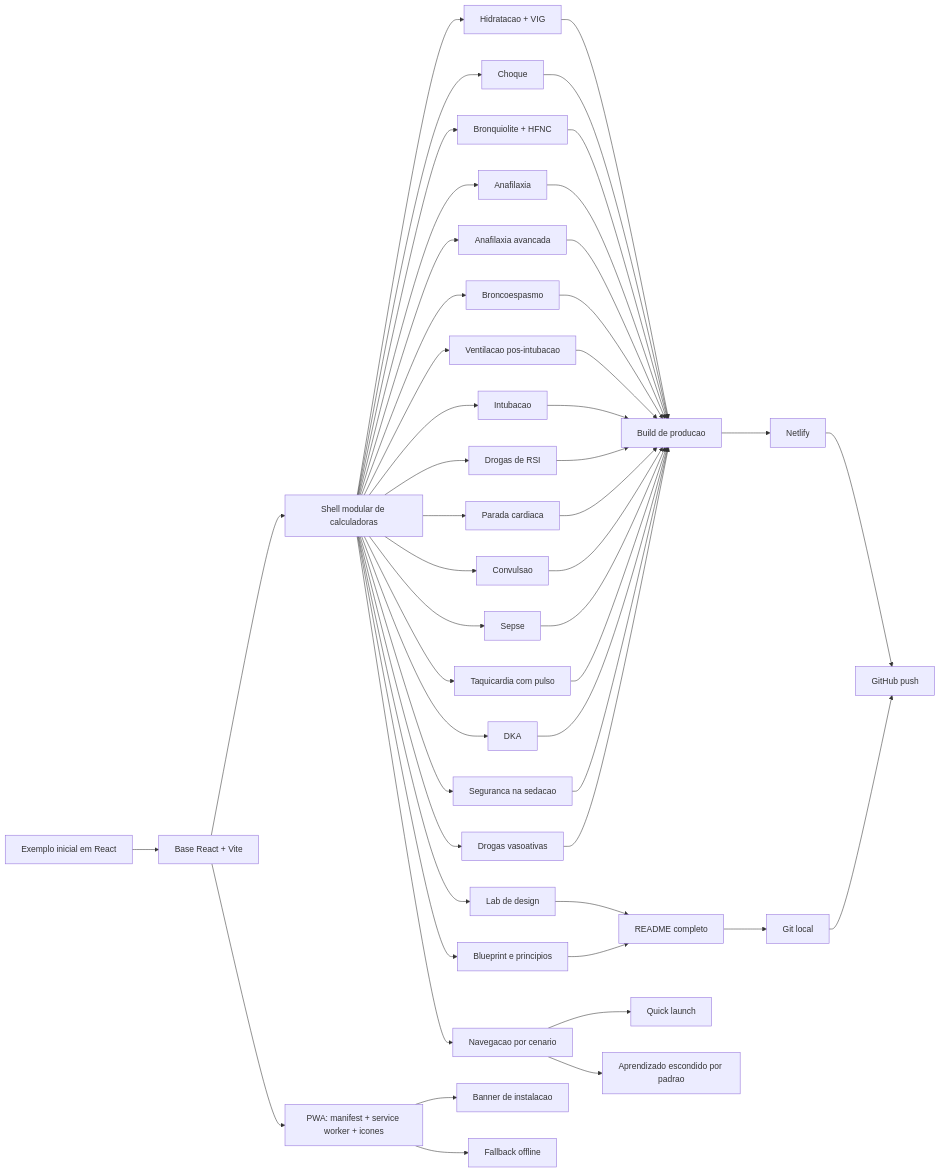
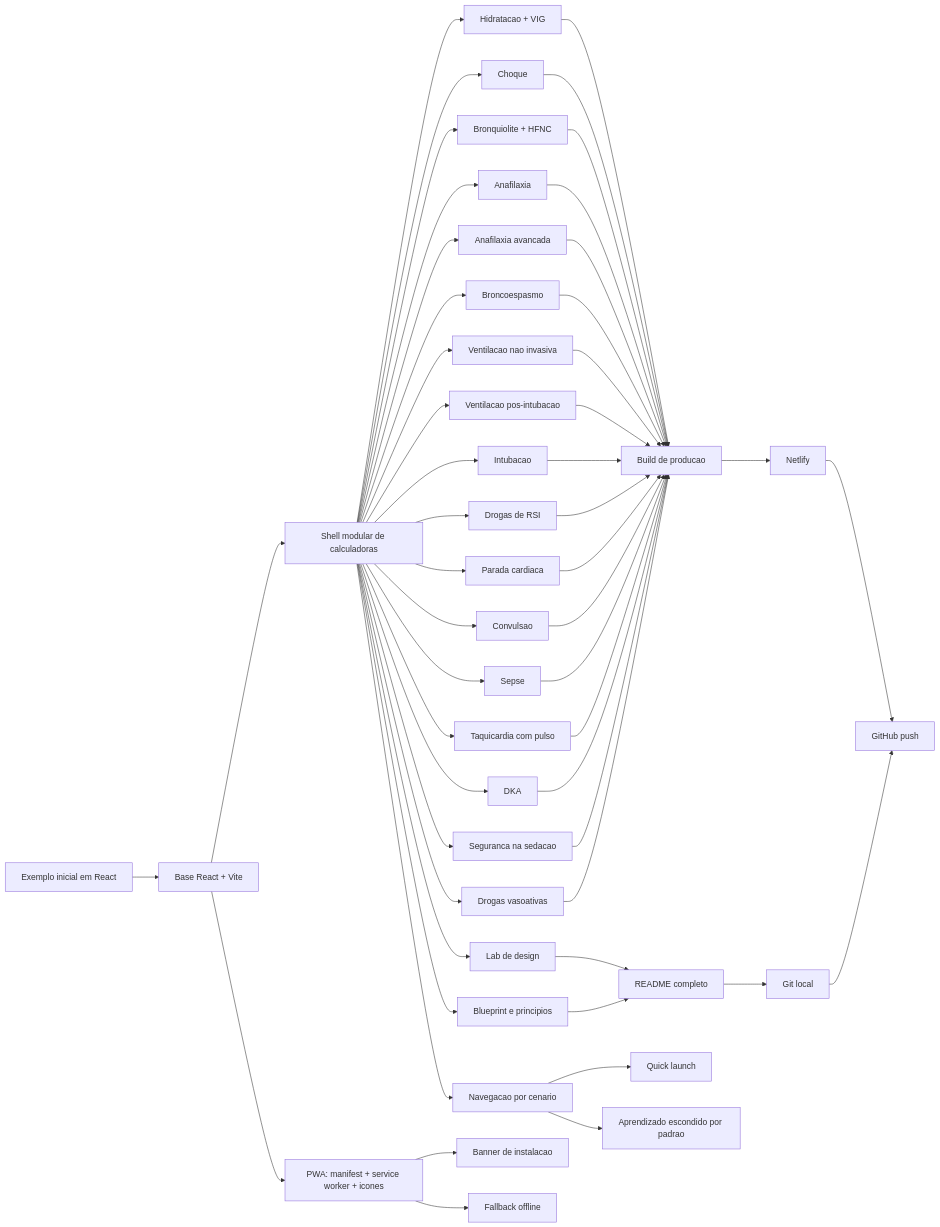
The diagram in README.md (diogene5/gemini_codex_calculadoras), drawn with Mermaid before and after one commit. The commit also changed other lines of this file and 3 other files, not shown here.

````diff
--- a/README.md
+++ b/README.md
@@ -218,51 +220,53 @@
 ```mermaid
 flowchart LR
   A["Exemplo inicial em React"] --> B["Base React + Vite"]
   B --> C["Shell modular de calculadoras"]
   C --> D["Hidratacao + VIG"]
   C --> E["Choque"]
   C --> F["Bronquiolite + HFNC"]
   C --> G["Anafilaxia"]
   C --> H["Anafilaxia avancada"]
   C --> I["Broncoespasmo"]
-  C --> J["Ventilacao pos-intubacao"]
-  C --> K["Intubacao"]
-  C --> L["Drogas de RSI"]
-  C --> M["Parada cardiaca"]
-  C --> N["Convulsao"]
-  C --> O["Sepse"]
-  C --> P["Taquicardia com pulso"]
-  C --> Q["DKA"]
-  C --> R["Seguranca na sedacao"]
-  C --> S["Drogas vasoativas"]
-  C --> T["Lab de design"]
-  C --> U["Blueprint e principios"]
-  B --> V["PWA: manifest + service worker + icones"]
-  V --> W["Banner de instalacao"]
-  V --> X["Fallback offline"]
-  C --> Y["Navegacao por cenario"]
-  Y --> Z["Quick launch"]
-  Y --> AA["Aprendizado escondido por padrao"]
-  D --> AB["Build de producao"]
-  E --> AB
-  F --> AB
-  G --> AB
-  H --> AB
-  I --> AB
-  J --> AB
-  K --> AB
-  L --> AB
-  M --> AB
-  N --> AB
-  O --> AB
-  P --> AB
-  Q --> AB
-  R --> AB
-  S --> AB
-  T --> AC["README completo"]
-  U --> AC
-  AB --> AD["Netlify"]
-  AC --> AE["Git local"]
-  AD --> AF["GitHub push"]
-  AE --> AF
+  C --> J["Ventilacao nao invasiva"]
+  C --> K["Ventilacao pos-intubacao"]
+  C --> L["Intubacao"]
+  C --> M["Drogas de RSI"]
+  C --> N["Parada cardiaca"]
+  C --> O["Convulsao"]
+  C --> P["Sepse"]
+  C --> Q["Taquicardia com pulso"]
+  C --> R["DKA"]
+  C --> S["Seguranca na sedacao"]
+  C --> T["Drogas vasoativas"]
+  C --> U["Lab de design"]
+  C --> V["Blueprint e principios"]
+  B --> W["PWA: manifest + service worker + icones"]
+  W --> X["Banner de instalacao"]
+  W --> Y["Fallback offline"]
+  C --> Z["Navegacao por cenario"]
+  Z --> AA["Quick launch"]
+  Z --> AB["Aprendizado escondido por padrao"]
+  D --> AC["Build de producao"]
+  E --> AC
+  F --> AC
+  G --> AC
+  H --> AC
+  I --> AC
+  J --> AC
+  K --> AC
+  L --> AC
+  M --> AC
+  N --> AC
+  O --> AC
+  P --> AC
+  Q --> AC
+  R --> AC
+  S --> AC
+  T --> AC
+  U --> AD["README completo"]
+  V --> AD
+  AC --> AE["Netlify"]
+  AD --> AF["Git local"]
+  AE --> AG["GitHub push"]
+  AF --> AG
 ```
````
